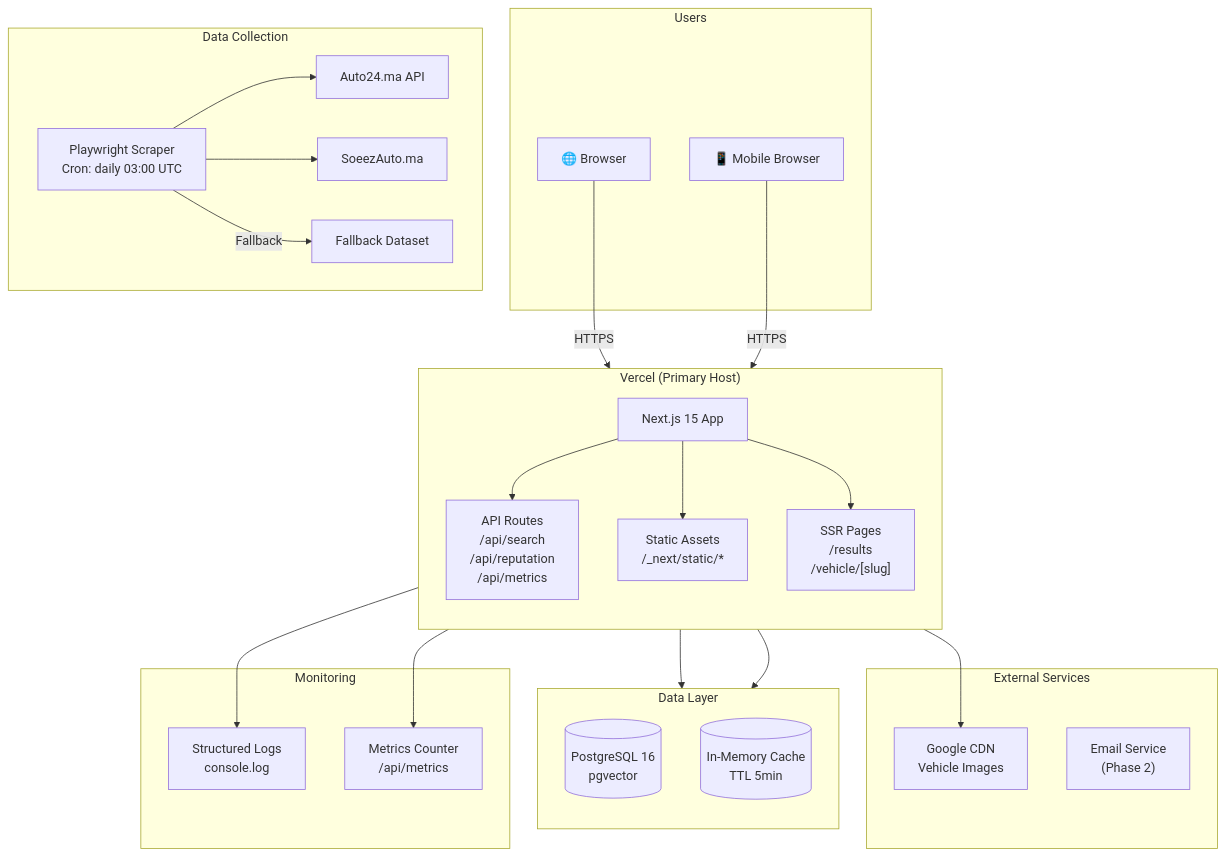
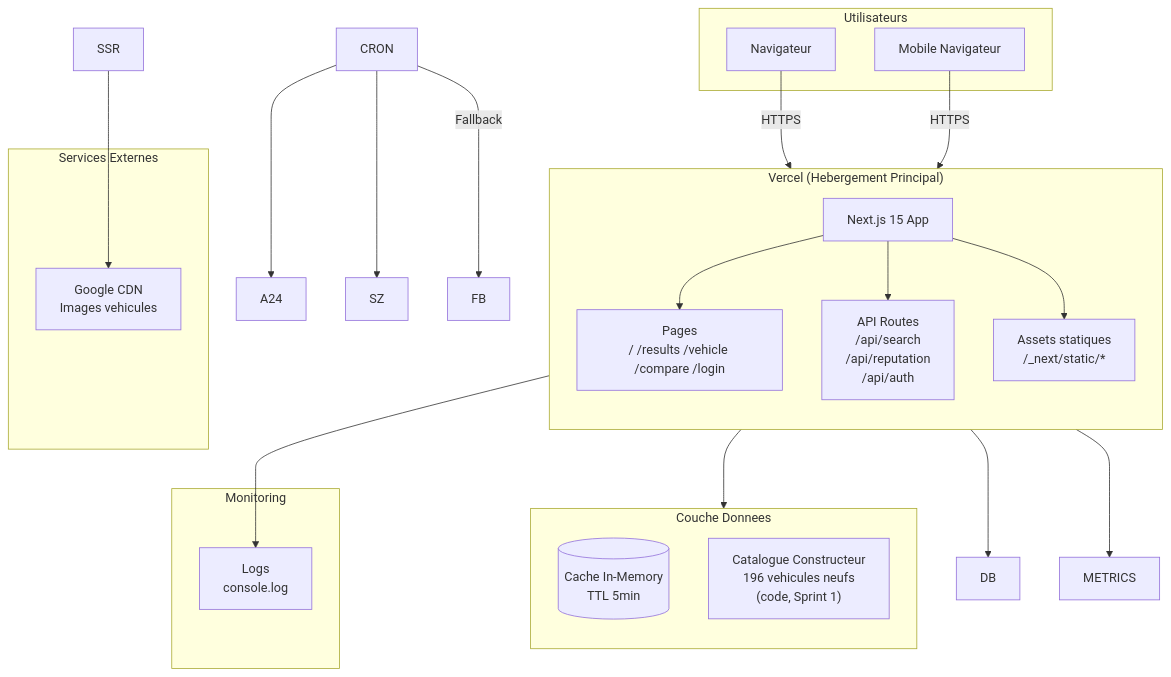
Before and after one commit to tahaaze/thiqti: the first of 2 diagrams in docs/architecture/deployment.md, drawn with Mermaid. The commit also changed other lines of this file and 44 other files, not shown here.

First line of the commit message:
docs: add authentication, ADRs and architecture documentation

````diff
--- a/docs/architecture/deployment.md
+++ b/docs/architecture/deployment.md
@@ -11,49 +11,40 @@
 ```mermaid
 graph TB
-    subgraph "Users"
-        U1[🌐 Browser]
-        U2[📱 Mobile Browser]
+    subgraph "Utilisateurs"
+        U1[" Navigateur"]
+        U2[" Mobile Navigateur"]
     end
 
-    subgraph "Vercel (Primary Host)"
+    subgraph "Vercel (Hebergement Principal)"
         direction TB
         VER[Next.js 15 App]
-        VER --> API["API Routes<br>/api/search<br>/api/reputation<br>/api/metrics"]
-        VER --> STATIC["Static Assets<br>/_next/static/*"]
-        VER --> SSR["SSR Pages<br>/results<br>/vehicle/[slug]"]
+        VER --> APP["Pages<br>/ /results /vehicle /compare /login"]
+        VER --> API["API Routes<br>/api/search<br>/api/reputation<br>/api/auth"]
+        VER --> STATIC["Assets statiques<br>/_next/static/*"]
     end
 
-    subgraph "Data Layer"
+    subgraph "Couche Donnees"
         direction TB
-        DB[(PostgreSQL 16<br>pgvector)]
-        CACHE[("In-Memory Cache<br>TTL 5min")]
+        CACHE[("Cache In-Memory<br>TTL 5min")]
+        CATALOG["Catalogue Constructeur<br>196 vehicules neufs<br>(code, Sprint 1)"]
     end
 
-    subgraph "Data Collection"
-        CRON["Playwright Scraper<br>Cron: daily 03:00 UTC"]
-        A24[Auto24.ma API]
-        SZ[SoeezAuto.ma]
-        FB[Fallback Dataset]
-    end
-
-    subgraph "External Services"
-        CDN["Google CDN<br>Vehicle Images"]
-        EMAIL["Email Service<br>(Phase 2)"]
+    subgraph "Services Externes"
+        CDN["Google CDN<br>Images vehicules"]
     end
 
     subgraph "Monitoring"
-        LOGS["Structured Logs<br>console.log"]
-        METRICS["Metrics Counter<br>/api/metrics"]
+        LOGS["Logs<br>console.log"]
     end
 
     U1 -->|HTTPS| VER
     U2 -->|HTTPS| VER
     API --> DB
     API --> CACHE
     CRON --> A24
     CRON --> SZ
     CRON -->|Fallback| FB
     SSR --> CDN
     API --> LOGS
     API --> METRICS
 ```
````
